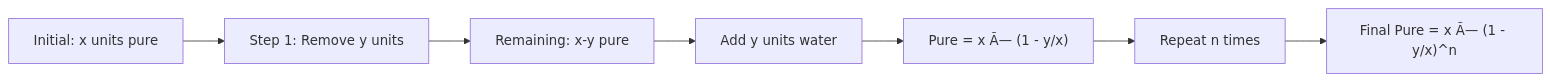
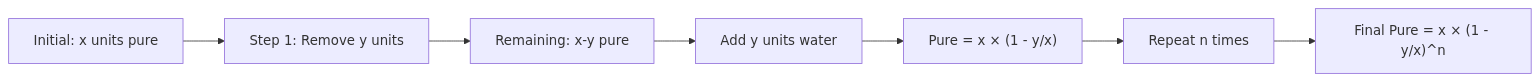
One commit to Raushan666java/ai-engineering-journey changed the fifth of 10 diagrams in docs/courses/quantitative-aptitude/02-advanced-arithmetic.md. Above: the diagram before and after it, drawn with Mermaid. The commit also changed other lines of this file and 965 other files, not shown here.

````diff
--- a/docs/courses/quantitative-aptitude/02-advanced-arithmetic.md
+++ b/docs/courses/quantitative-aptitude/02-advanced-arithmetic.md
@@ -464,9 +464,9 @@
 ```mermaid
 flowchart LR
     A["Initial: x units pure"] --> B["Step 1: Remove y units"]
     B --> C["Remaining: x-y pure"]
     C --> D["Add y units water"]
-    D --> E["Pure = x Ã— (1 - y/x)"]
+    D --> E["Pure = x × (1 - y/x)"]
     E --> F["Repeat n times"]
-    F --> G["Final Pure = x Ã— (1 - y/x)^n"]
+    F --> G["Final Pure = x × (1 - y/x)^n"]
 ```
````
